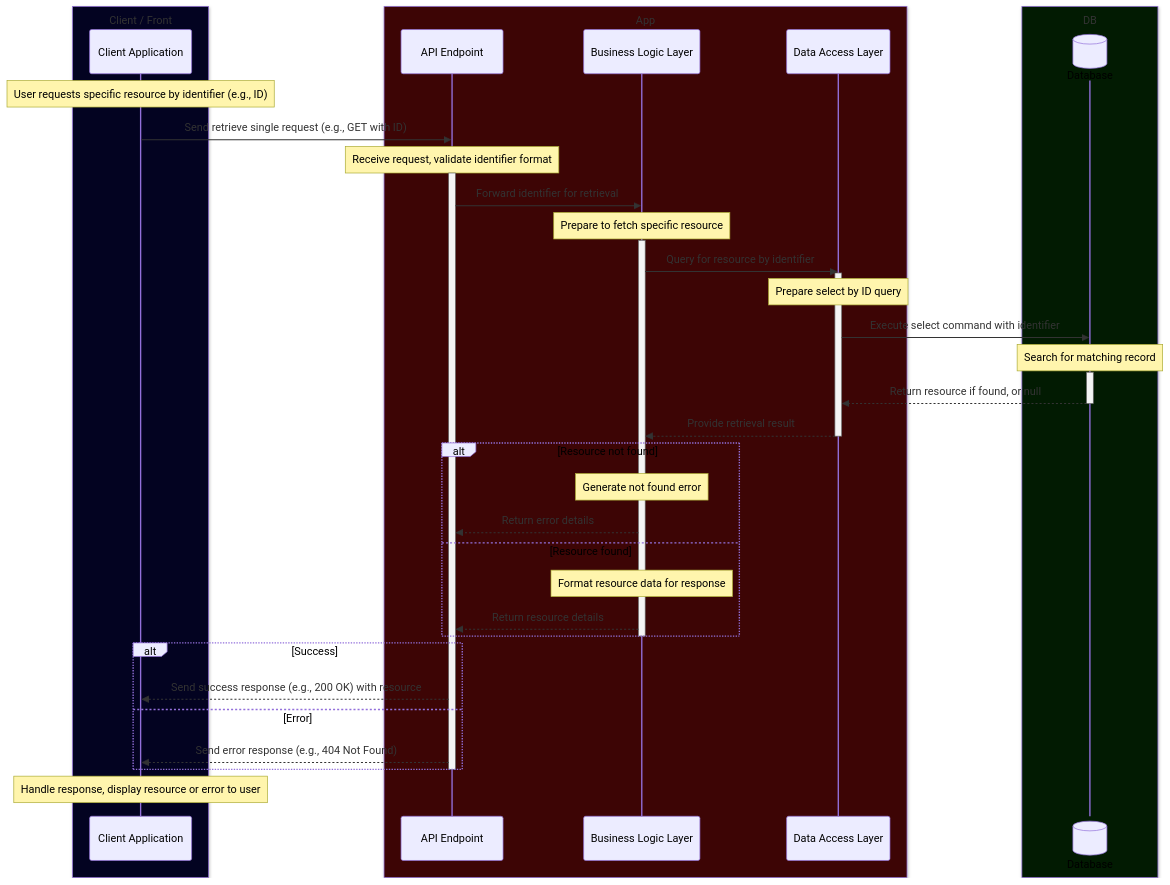
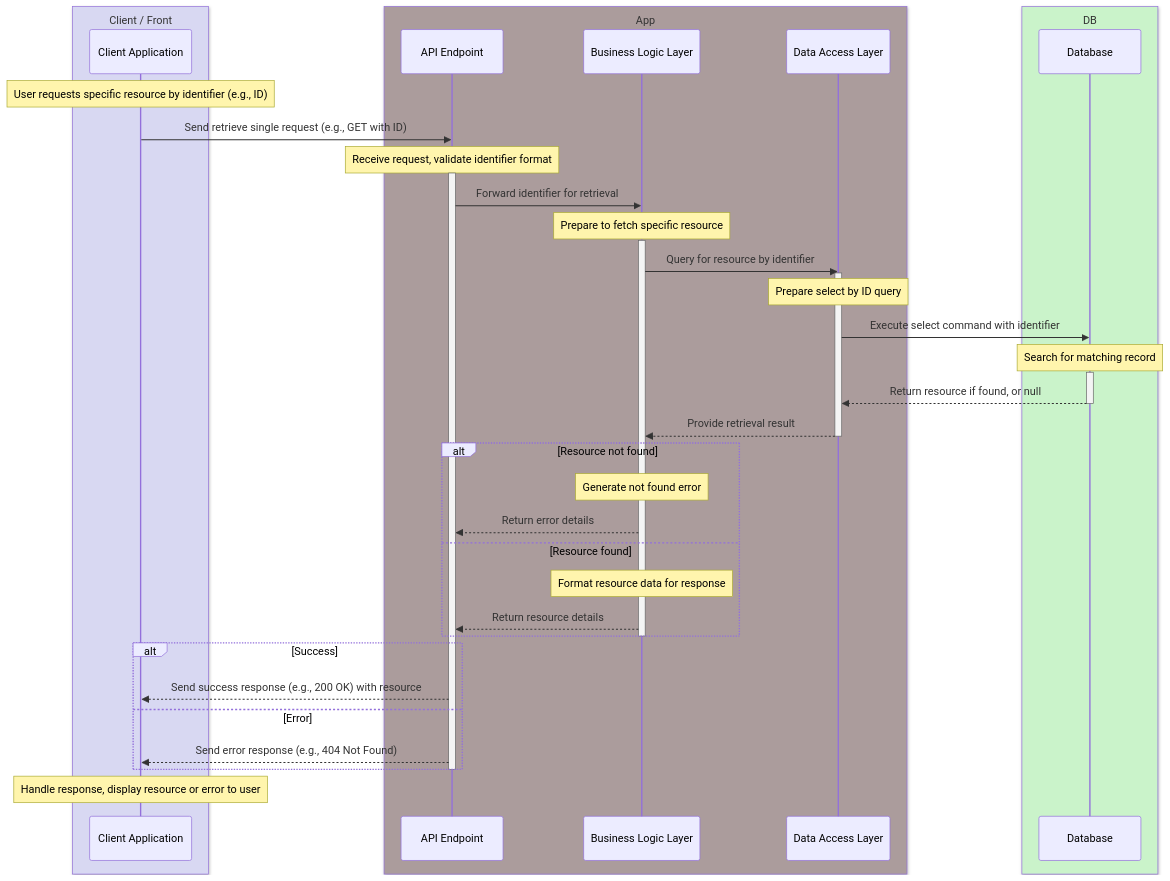
One commit to alirezazamanidev/book-crud changed the diagram in docs/find-one.md. Above: the diagram before and after it, drawn with Mermaid. The commit also changed 6 other files, not shown here.

Commit message:
feat: change color boxes in diagram

````diff
--- a/docs/find-one.md
+++ b/docs/find-one.md
@@ -3,46 +3,47 @@
 ```mermaid
 sequenceDiagram
-    box rgb(3, 3, 33) Client / Front
+    box rgb(216, 216, 242) Client / Front
     participant Client as Client Application
     end
-    box rgb(61, 5, 5) App
+    box rgb(171, 156, 156) App
     participant API as API Endpoint
     participant Logic as Business Logic Layer
     participant DataAccess as Data Access Layer
     end
-    box rgb(2, 27, 2) DB
-    participant Database@{"type":"database"}
+    box rgb(202, 243, 202) DB
+    participant Database
     end
+
     Note over Client: User requests specific resource by identifier (e.g., ID)
     Client->>API: Send retrieve single request (e.g., GET with ID)
     Note over API: Receive request, validate identifier format
     activate API
     API->>Logic: Forward identifier for retrieval
     Note over Logic: Prepare to fetch specific resource
     activate Logic
     Logic->>DataAccess: Query for resource by identifier
     activate DataAccess
     Note over DataAccess: Prepare select by ID query
     DataAccess->>Database: Execute select command with identifier
     Note over Database: Search for matching record
     activate Database
     Database-->>DataAccess: Return resource if found, or null
     deactivate Database
     DataAccess-->>Logic: Provide retrieval result
     deactivate DataAccess
     alt Resource not found
         Note over Logic: Generate not found error
         Logic-->>API: Return error details
     else Resource found
         Note over Logic: Format resource data for response
         Logic-->>API: Return resource details
     end
     deactivate Logic
     alt Success
         API-->>Client: Send success response (e.g., 200 OK) with resource
     else Error
         API-->>Client: Send error response (e.g., 404 Not Found)
     end
     deactivate API
     Note over Client: Handle response, display resource or error to user
 ```
````
